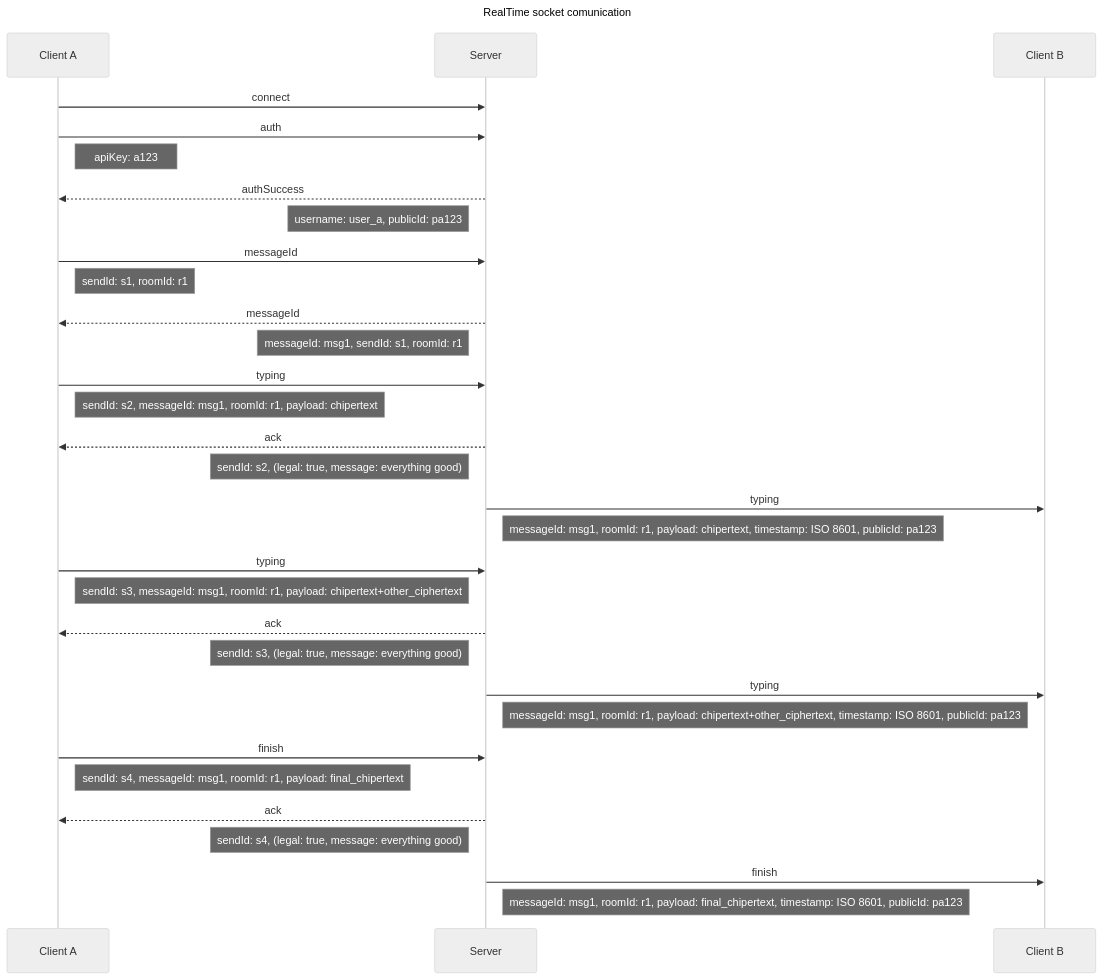
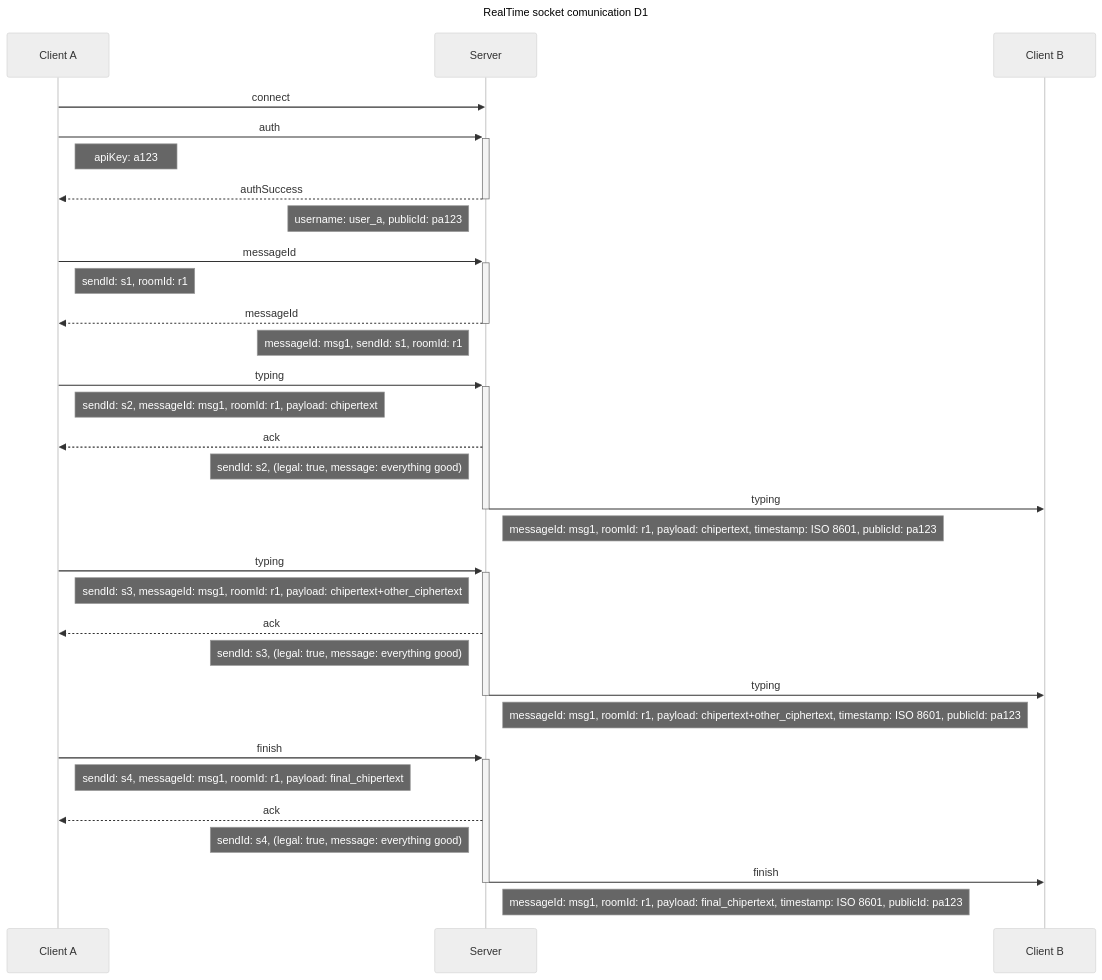
Before and after one commit to MarcoNani/RealTime: the diagram in Server/src/sockets/D1.mmd, drawn with Mermaid (neutral theme). The commit also changed 1 other file, not shown here.

Commit message:
Improved sequence diagrams

```diff
--- a/Server/src/sockets/D1.mmd
+++ b/Server/src/sockets/D1.mmd
@@ -1,48 +1,50 @@
 sequenceDiagram
-title RealTime socket comunication
+title RealTime socket comunication D1
+%% in this diagram the Client A connect to the Server where Client B is already connected, Client A start to write a new message and after two input Client A press the enter button and send a finish message
+
 
 participant Client A
 participant Server
 participant Client B
 
 
 Client A->>Server: connect
 
-Client A->>Server: auth
+Client A->>+Server: auth
 Note right of Client A: apiKey: a123
 
-Server-->>Client A: authSuccess
+Server-->>-Client A: authSuccess
 Note left of Server: username: user_a, publicId: pa123
 
-Client A->>Server: messageId
+Client A->>+Server: messageId
 Note right of Client A: sendId: s1, roomId: r1
 
-Server-->>Client A: messageId
+Server-->>-Client A: messageId
 Note left of Server: messageId: msg1, sendId: s1, roomId: r1
 
-Client A->>Server: typing
+Client A->>+Server: typing
 Note right of Client A: sendId: s2, messageId: msg1, roomId: r1, payload: chipertext
 
 Server-->>Client A: ack
 Note left of Server: sendId: s2, (legal: true, message: everything good)
 
-Server->>Client B: typing
+Server->>-Client B: typing
 Note right of Server: messageId: msg1, roomId: r1, payload: chipertext, timestamp: ISO 8601, publicId: pa123
 
-Client A->>Server: typing
+Client A->>+Server: typing
 Note right of Client A: sendId: s3, messageId: msg1, roomId: r1, payload: chipertext+other_ciphertext
 
 Server-->>Client A: ack
 Note left of Server: sendId: s3, (legal: true, message: everything good)
 
-Server->>Client B: typing
+Server->>-Client B: typing
 Note right of Server: messageId: msg1, roomId: r1, payload: chipertext+other_ciphertext, timestamp: ISO 8601, publicId: pa123
 
-Client A->>Server: finish
+Client A->>+Server: finish
 Note right of Client A: sendId: s4, messageId: msg1, roomId: r1, payload: final_chipertext
 
 Server-->>Client A: ack
 Note left of Server: sendId: s4, (legal: true, message: everything good)
 
-Server->>Client B: finish
+Server->>-Client B: finish
 Note right of Server: messageId: msg1, roomId: r1, payload: final_chipertext, timestamp: ISO 8601, publicId: pa123
```
